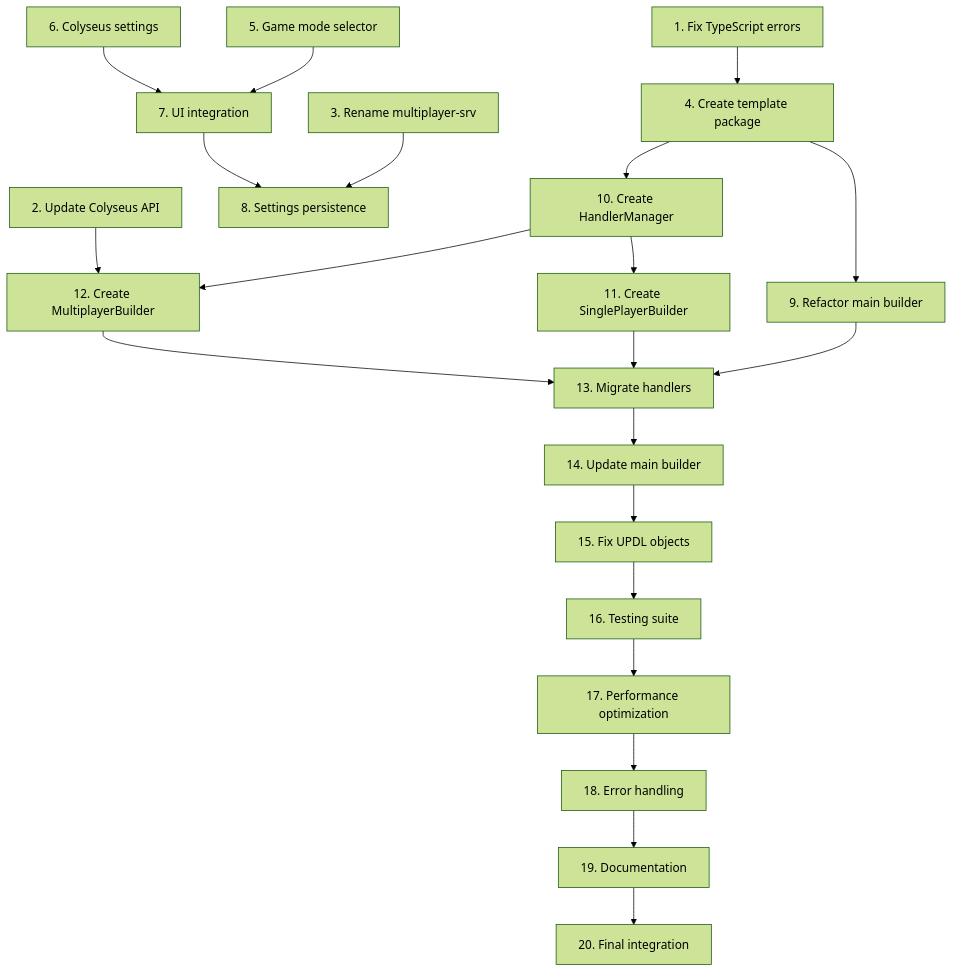
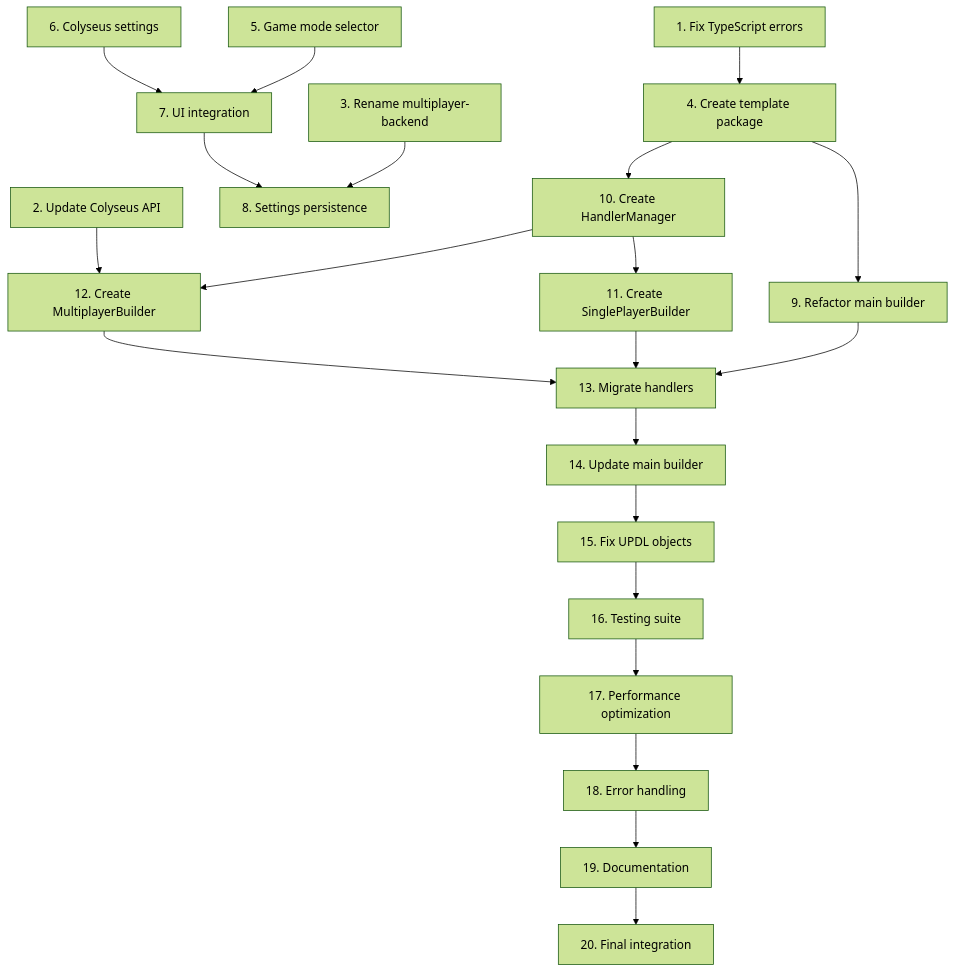
The diagram in .kiro/specs/mmoomm-template-refactoring-completion/tasks.md (teknokomo/universo-platformo-react), drawn with Mermaid (forest theme) before and after one commit. The commit also changed other lines of this file and 2867 other files, not shown here.

````diff
--- a/.kiro/specs/mmoomm-template-refactoring-completion/tasks.md
+++ b/.kiro/specs/mmoomm-template-refactoring-completion/tasks.md
@@ -218,28 +218,28 @@
 ```mermaid
 graph TD
     A[1. Fix TypeScript errors] --> B[4. Create template package]
     C[2. Update Colyseus API] --> D[12. Create MultiplayerBuilder]
-    E[3. Rename multiplayer-srv] --> F[8. Settings persistence]
+    E[3. Rename multiplayer-backend] --> F[8. Settings persistence]
 
     B --> G[9. Refactor main builder]
     B --> H[10. Create HandlerManager]
 
     I[5. Game mode selector] --> J[7. UI integration]
     K[6. Colyseus settings] --> J
     J --> F
 
     H --> L[11. Create SinglePlayerBuilder]
     H --> D
     G --> M[13. Migrate handlers]
     L --> M
     D --> M
 
     M --> N[14. Update main builder]
     N --> O[15. Fix UPDL objects]
 
     O --> P[16. Testing suite]
     P --> Q[17. Performance optimization]
     Q --> R[18. Error handling]
     R --> S[19. Documentation]
     S --> T[20. Final integration]
 ```
````
